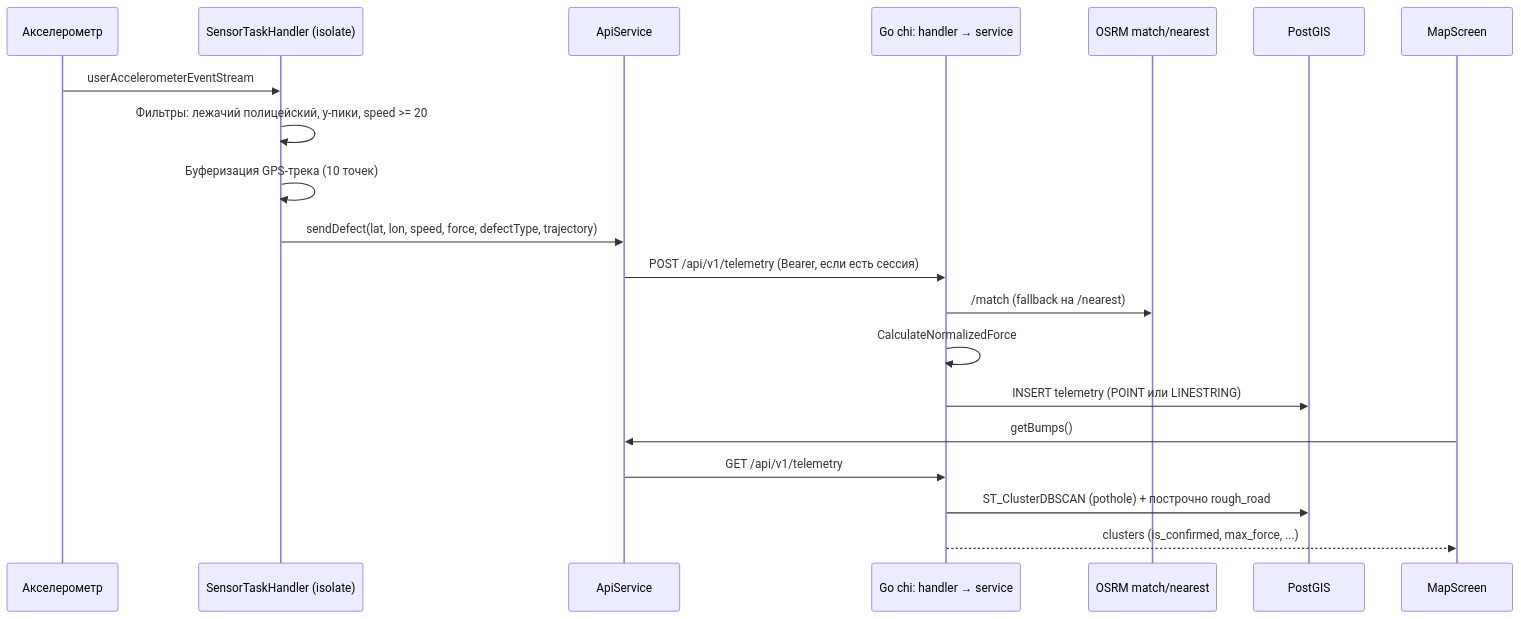
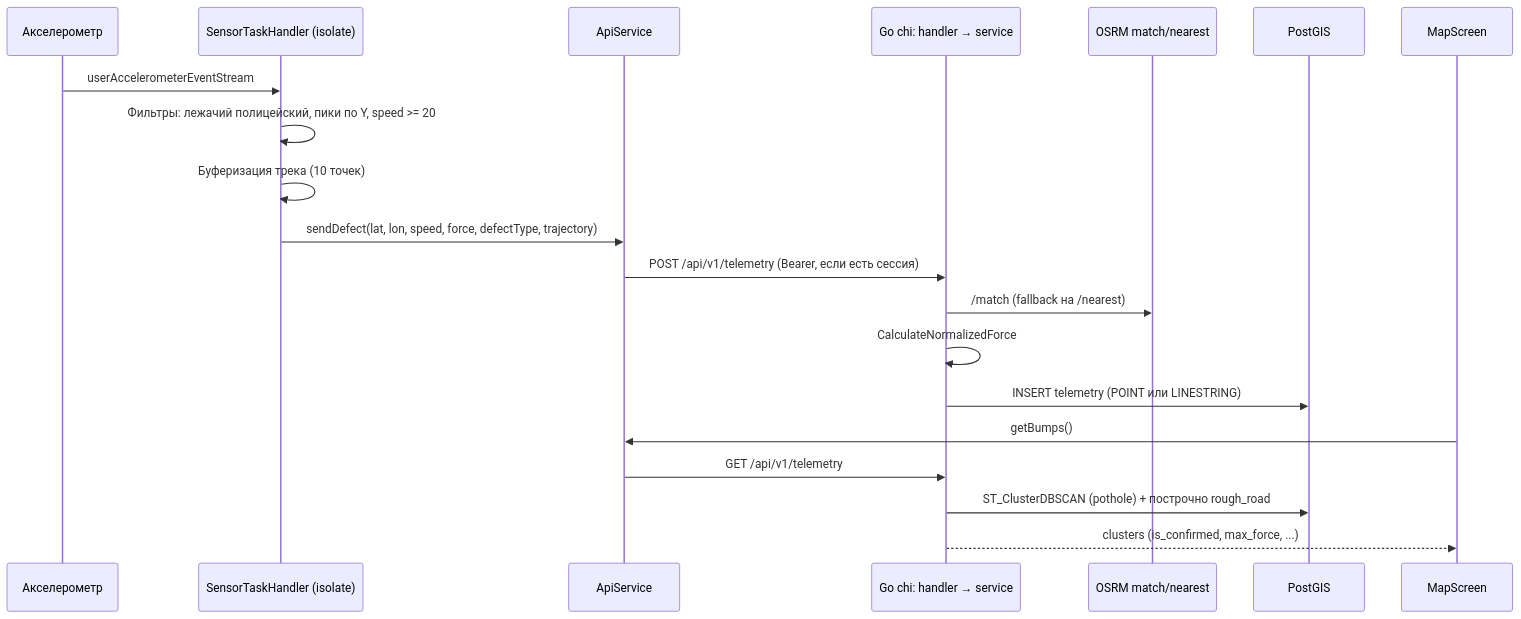
One commit to yanelle-dev/road-pulse changed the first of 2 diagrams in docs/ARCHITECTURE.md. Above: the diagram before and after it, drawn with Mermaid. The commit also changed other lines of this file and 6 other files, not shown here.

Commit message:
теперь полностью переименовано в дорожный пульс и обновлены файлы agents.md readme.md и architecture.md

````diff
--- a/docs/ARCHITECTURE.md
+++ b/docs/ARCHITECTURE.md
@@ -12,23 +19,23 @@
 ```mermaid
 sequenceDiagram
   participant Accel as Акселерометр
   participant Sensor as SensorTaskHandler (isolate)
   participant API as ApiService
   participant BE as Go chi: handler → service
   participant OSRM as OSRM match/nearest
   participant DB as PostGIS
   participant Map as MapScreen
 
   Accel->>Sensor: userAccelerometerEventStream
-  Sensor->>Sensor: Фильтры: лежачий полицейский, y-пики, speed >= 20
-  Sensor->>Sensor: Буферизация GPS-трека (10 точек)
+  Sensor->>Sensor: Фильтры: лежачий полицейский, пики по Y, speed >= 20
+  Sensor->>Sensor: Буферизация трека (10 точек)
   Sensor->>API: sendDefect(lat, lon, speed, force, defectType, trajectory)
   API->>BE: POST /api/v1/telemetry (Bearer, если есть сессия)
   BE->>OSRM: /match (fallback на /nearest)
   BE->>BE: CalculateNormalizedForce
   BE->>DB: INSERT telemetry (POINT или LINESTRING)
   Map->>API: getBumps()
   API->>BE: GET /api/v1/telemetry
   BE->>DB: ST_ClusterDBSCAN (pothole) + построчно rough_road
   BE-->>Map: clusters (is_confirmed, max_force, ...)
 ```
````
